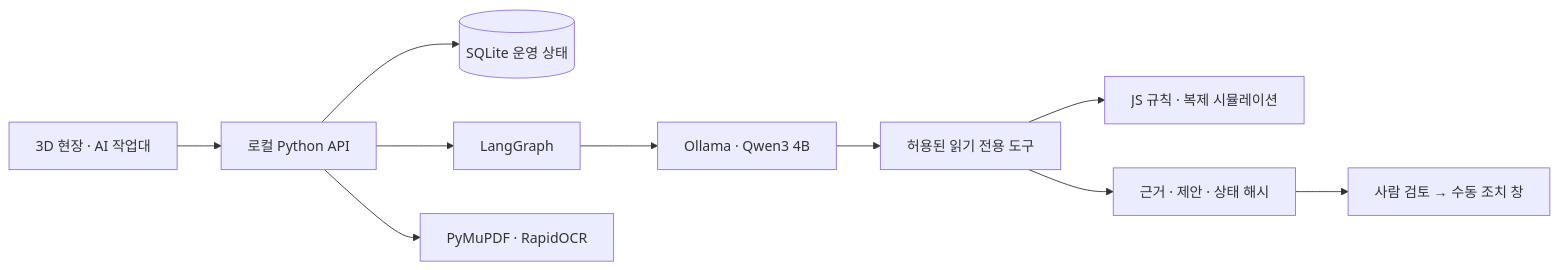
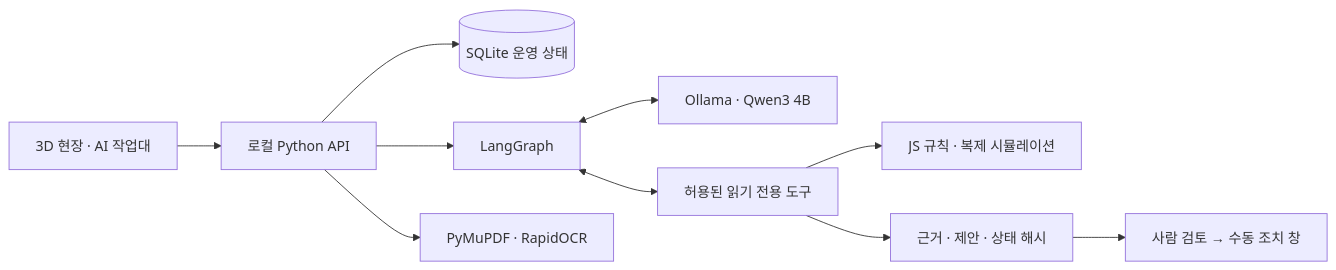
Before and after one commit to Kimhyuntae9665/grainworks-agent: the diagram in README.md, drawn with Mermaid. The commit also changed other lines of this file and 18 other files, not shown here.

Commit message:
Add official-logo local AI flow to portfolio first page

````diff
--- a/README.md
+++ b/README.md
@@ -65,12 +70,12 @@
 ```mermaid
 flowchart LR
     UI[3D 현장 · AI 작업대] --> API[로컬 Python API]
     API --> DB[(SQLite 운영 상태)]
     API --> GRAPH[LangGraph]
-    GRAPH --> MODEL[Ollama · Qwen3 4B]
-    MODEL --> TOOLS[허용된 읽기 전용 도구]
+    GRAPH <--> MODEL[Ollama · Qwen3 4B]
+    GRAPH <--> TOOLS[허용된 읽기 전용 도구]
     TOOLS --> ENGINE[JS 규칙 · 복제 시뮬레이션]
     API --> DOC[PyMuPDF · RapidOCR]
     TOOLS --> REVIEW[근거 · 제안 · 상태 해시]
     REVIEW --> HUMAN[사람 검토 → 수동 조치 창]
 ```
````
